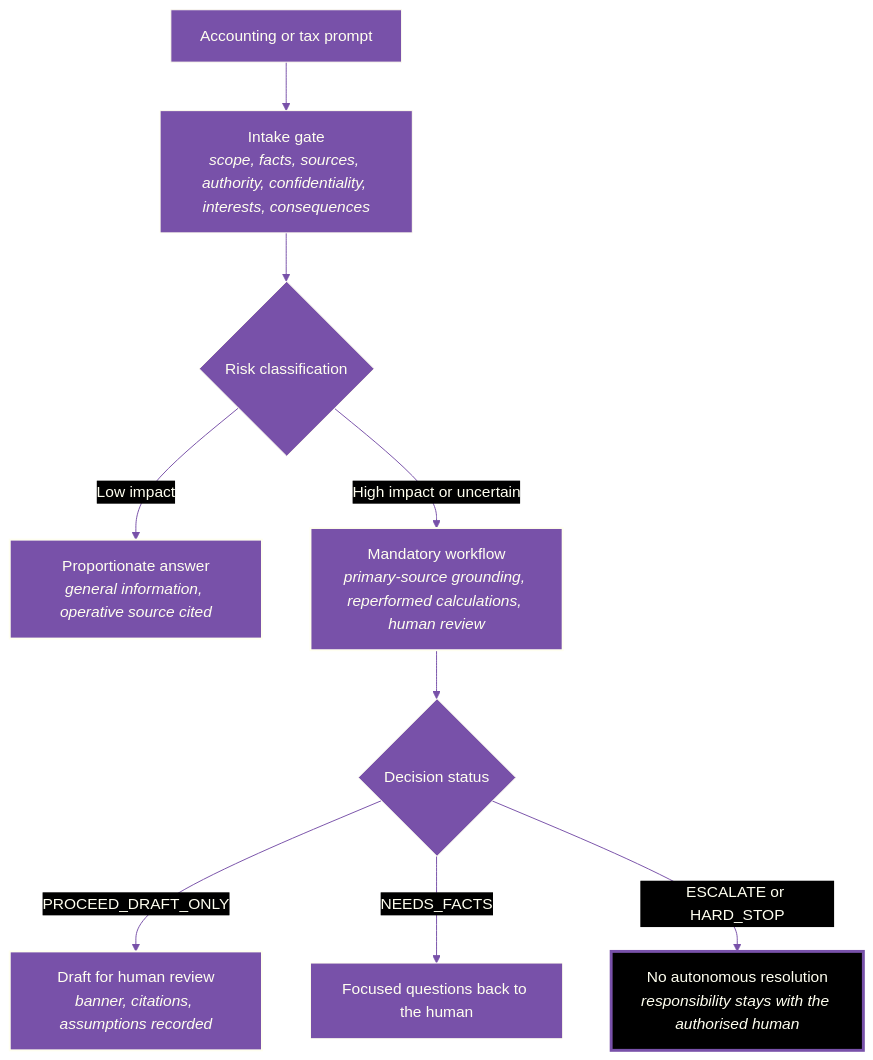
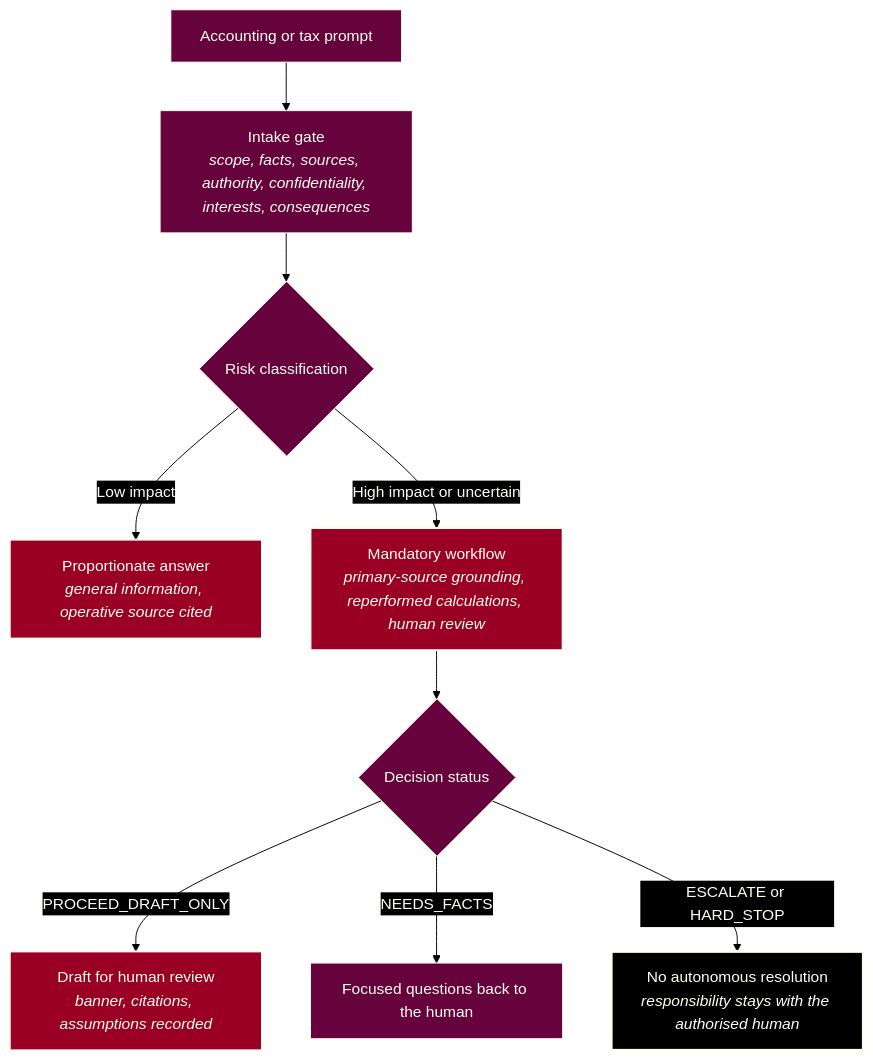
Before and after one commit to ryanduguid/llm-tax-guardrails: the diagram in README.md, drawn with Mermaid. The commit also changed 1 other file, not shown here.

Commit message:
Match Mermaid colours to the website palette (#137)

````diff
--- a/README.md
+++ b/README.md
@@ -49,19 +49,19 @@
 ```mermaid
 flowchart TD
-%%{init: {"theme": "base", "themeVariables": {"background": "#000000", "primaryColor": "#7851A9", "primaryTextColor": "#FFFFF0", "primaryBorderColor": "#FFFFF0", "lineColor": "#7851A9", "textColor": "#FFFFF0", "edgeLabelBackground": "#000000", "clusterBkg": "#000000", "clusterBorder": "#7851A9", "titleColor": "#FFFFF0"}}}%%
+%%{init: {"theme": "base", "themeVariables": {"background": "#000000", "primaryColor": "#66023C", "primaryTextColor": "#FFFFF0", "primaryBorderColor": "#FFFFF0", "lineColor": "#000000", "textColor": "#FFFFF0", "edgeLabelBackground": "#000000", "clusterBkg": "#000000", "clusterBorder": "#FFFFF0", "titleColor": "#FFFFF0"}, "themeCSS": ".flowchart-link, .relationshipLine, marker path { filter: drop-shadow(0px 1px 0px #FFFFF0) drop-shadow(0px -1px 0px #FFFFF0) drop-shadow(1px 0px 0px #FFFFF0) drop-shadow(-1px 0px 0px #FFFFF0); }"}}%%
     Prompt["Accounting or tax prompt"] --> Gate["Intake gate<br/><i>scope, facts, sources, authority, confidentiality, interests, consequences</i>"]
     Gate --> Risk{"Risk classification"}
 
     Risk -->|"Low impact"| Prop["Proportionate answer<br/><i>general information, operative source cited</i>"]
     Risk -->|"High impact or uncertain"| Flow["Mandatory workflow<br/><i>primary-source grounding, reperformed calculations, human review</i>"]
 
     Flow --> Status{"Decision status"}
     Status -->|"PROCEED_DRAFT_ONLY"| Draft["Draft for human review<br/><i>banner, citations, assumptions recorded</i>"]
     Status -->|"NEEDS_FACTS"| Facts["Focused questions back to the human"]
     Status -->|"ESCALATE or HARD_STOP"| Stop["No autonomous resolution<br/><i>responsibility stays with the authorised human</i>"]
 
-    style Prop fill:#7851A9,stroke:#FFFFF0,stroke-width:2px,color:#FFFFF0
-    style Flow fill:#7851A9,stroke:#FFFFF0,stroke-width:2px,color:#FFFFF0
-    style Draft fill:#7851A9,stroke:#FFFFF0,stroke-width:2px,color:#FFFFF0
-    style Stop fill:#000000,stroke:#7851A9,stroke-width:3px,color:#FFFFF0
+    style Prop fill:#990024,stroke:#FFFFF0,stroke-width:2px,color:#FFFFF0
+    style Flow fill:#990024,stroke:#FFFFF0,stroke-width:2px,color:#FFFFF0
+    style Draft fill:#990024,stroke:#FFFFF0,stroke-width:2px,color:#FFFFF0
+    style Stop fill:#000000,stroke:#FFFFF0,stroke-width:3px,color:#FFFFF0
 ```
````
